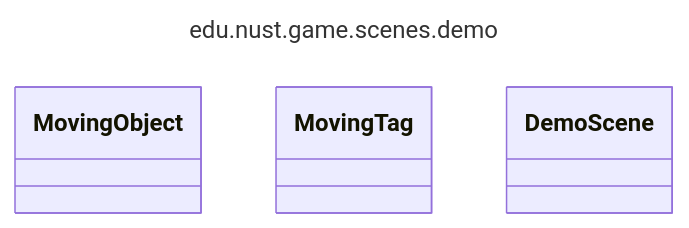
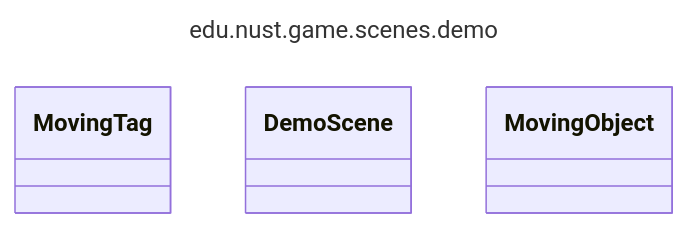
Before and after one commit to zombie-zero-nust/zombie-zero: the diagram in uml/generated/mmd/package_edu_nust_game_scenes_demo.mmd, drawn with Mermaid. The commit also changed other lines of this file and 77 other files, not shown here.

Commit message:
Generate UML from script

```diff
--- a/uml/generated/mmd/package_edu_nust_game_scenes_demo.mmd
+++ b/uml/generated/mmd/package_edu_nust_game_scenes_demo.mmd
@@ -1,14 +1,14 @@
 ---
 title: edu.nust.game.scenes.demo
 config:
   look: classic
   layout: dagre
   flowchart:
     curve: linear
   class:
     defaultRenderer: dagre-wrapper
 ---
 classDiagram
-class MovingObject
 class MovingTag
 class DemoScene
+class MovingObject
```
